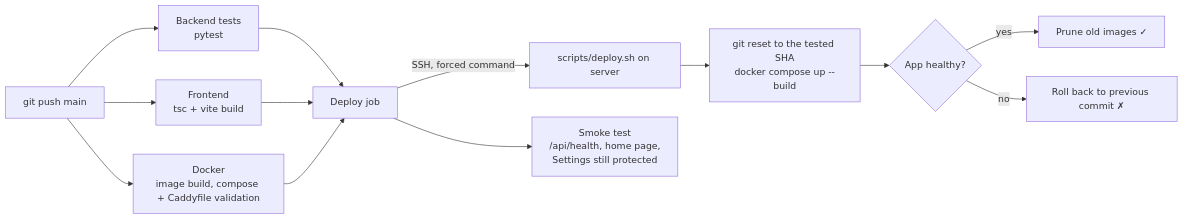
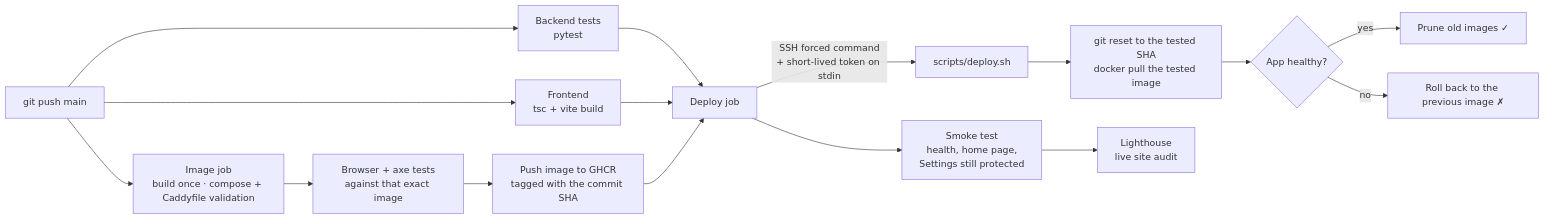
The second of 2 diagrams in README.md (zezekim/weekender), drawn with Mermaid before and after one commit. The commit also changed other lines of this file and 48 other files, not shown here.

````diff
--- a/README.md
+++ b/README.md
@@ -277,13 +319,16 @@
 ```mermaid
 flowchart LR
     P[git push main] --> B[Backend tests<br/>pytest]
     P --> F[Frontend<br/>tsc + vite build]
-    P --> D[Docker<br/>image build, compose + Caddyfile validation]
-    B & F & D --> X[Deploy job]
-    X -->|SSH, forced command| S[scripts/deploy.sh on server]
-    S --> R[git reset to the tested SHA<br/>docker compose up --build]
+    P --> I[Image job<br/>build once · compose + Caddyfile validation]
+    I --> E[Browser + axe tests<br/>against that exact image]
+    E --> G[Push image to GHCR<br/>tagged with the commit SHA]
+    B & F & G --> X[Deploy job]
+    X -->|SSH forced command<br/>+ short-lived token on stdin| S[scripts/deploy.sh]
+    S --> R[git reset to the tested SHA<br/>docker pull the tested image]
     R --> H{App healthy?}
     H -->|yes| OK[Prune old images ✓]
-    H -->|no| RB[Roll back to previous commit ✗]
-    X --> T[Smoke test<br/>/api/health, home page,<br/>Settings still protected]
+    H -->|no| RB[Roll back to the previous image ✗]
+    X --> T[Smoke test<br/>health, home page,<br/>Settings still protected]
+    T --> L[Lighthouse<br/>live site audit]
 ```
````
